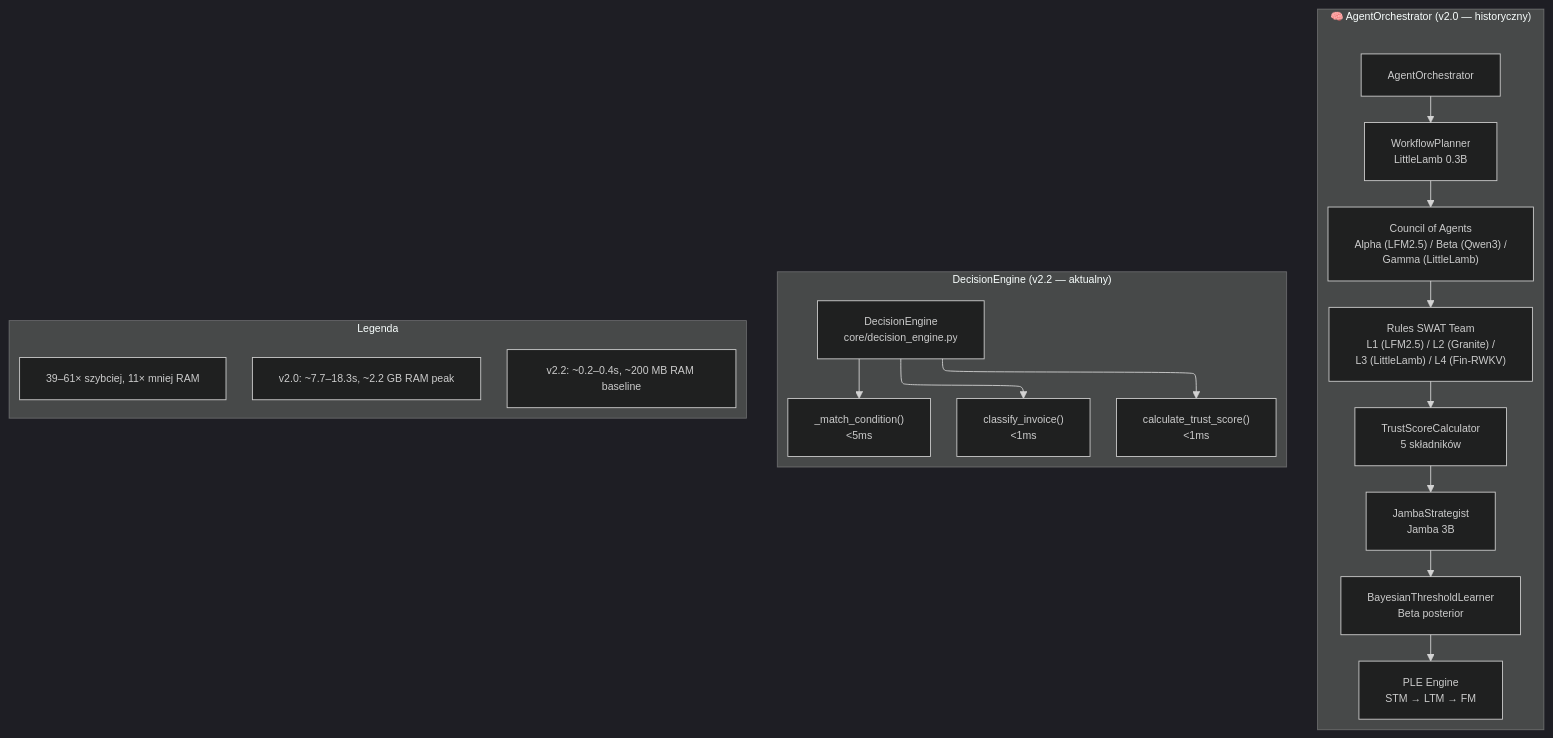
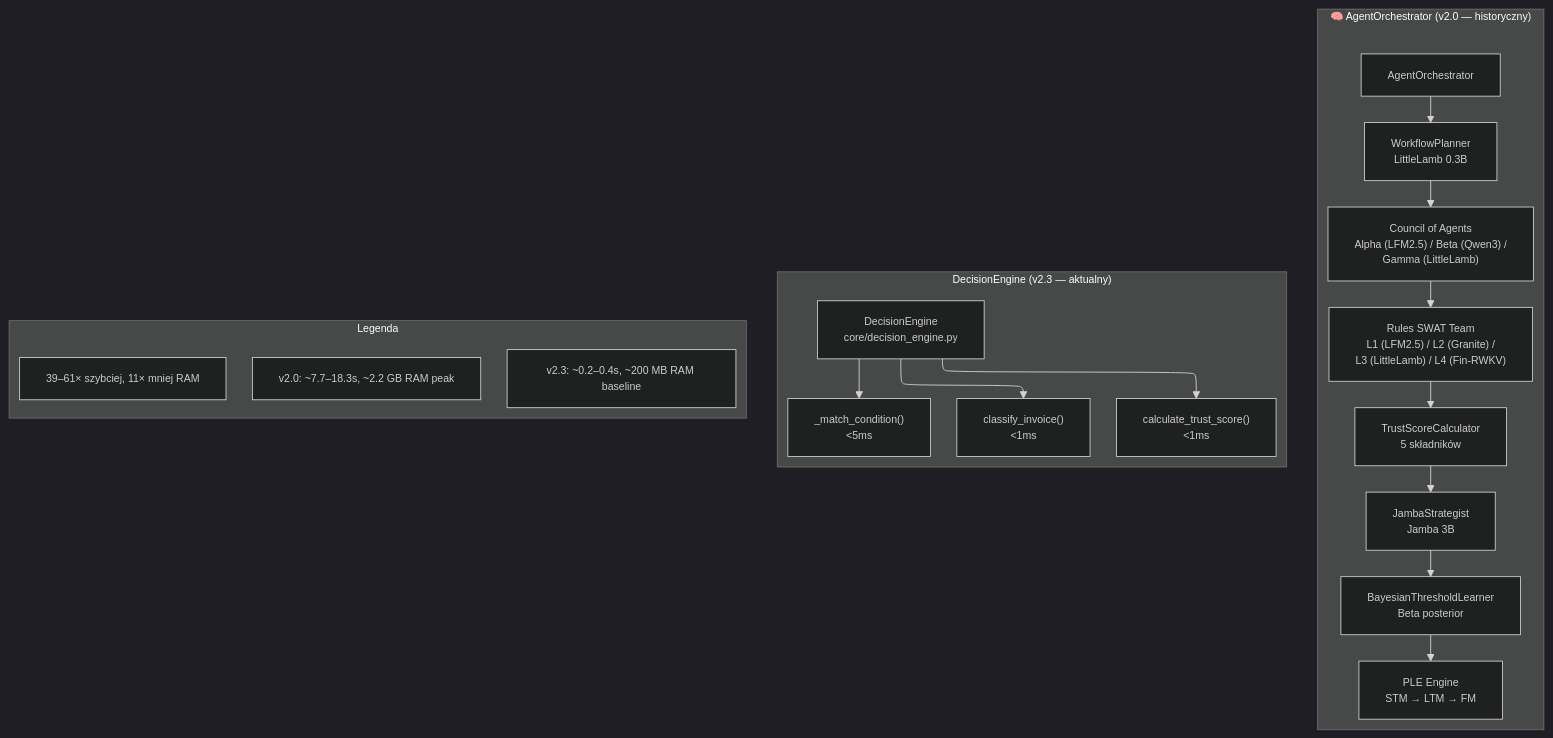
Before and after one commit to Gorski-Maciej/NexusAI: the tenth of 10 diagrams in docs/ARCHITECTURE_DIAGRAM.md, drawn with Mermaid. The commit also changed other lines of this file and 29 other files, not shown here.

````diff
--- a/docs/ARCHITECTURE_DIAGRAM.md
+++ b/docs/ARCHITECTURE_DIAGRAM.md
@@ -542,32 +541,32 @@
 ```mermaid
 %%{init: {"flowchart": {"defaultRenderer": "elk"}, "theme": "dark", "themeVariables": {"fontSize": "12px"}}}%%
 flowchart TB
     subgraph Old["🧠 AgentOrchestrator (v2.0 — historyczny)"]
         direction TB
         AO["AgentOrchestrator"]
         WP["WorkflowPlanner\nLittleLamb 0.3B"]
         CA["Council of Agents\nAlpha (LFM2.5) / Beta (Qwen3) /\nGamma (LittleLamb)"]
         RST["Rules SWAT Team\nL1 (LFM2.5) / L2 (Granite) /\nL3 (LittleLamb) / L4 (Fin-RWKV)"]
         TC["TrustScoreCalculator\n5 składników"]
         JS["JambaStrategist\nJamba 3B"]
         BL["BayesianThresholdLearner\nBeta posterior"]
         PLE["PLE Engine\nSTM → LTM → FM"]
         AO --> WP --> CA --> RST --> TC --> JS --> BL --> PLE
     end
 
-    subgraph New["DecisionEngine (v2.2 — aktualny)"]
+    subgraph New["DecisionEngine (v2.3 — aktualny)"]
         DE["DecisionEngine\ncore/decision_engine.py"]
         CI2["classify_invoice()\n<1ms"]
         TS2["calculate_trust_score()\n<1ms"]
         FW2["_match_condition()\n<5ms"]
         DE --> CI2
         DE --> TS2
         DE --> FW2
     end
 
     subgraph Legend["Legenda"]
         L1["v2.0: ~7.7–18.3s, ~2.2 GB RAM peak"]
-        L2["v2.2: ~0.2–0.4s, ~200 MB RAM baseline"]
+        L2["v2.3: ~0.2–0.4s, ~200 MB RAM baseline"]
         L3["39–61× szybciej, 11× mniej RAM"]
     end
 ```
````
